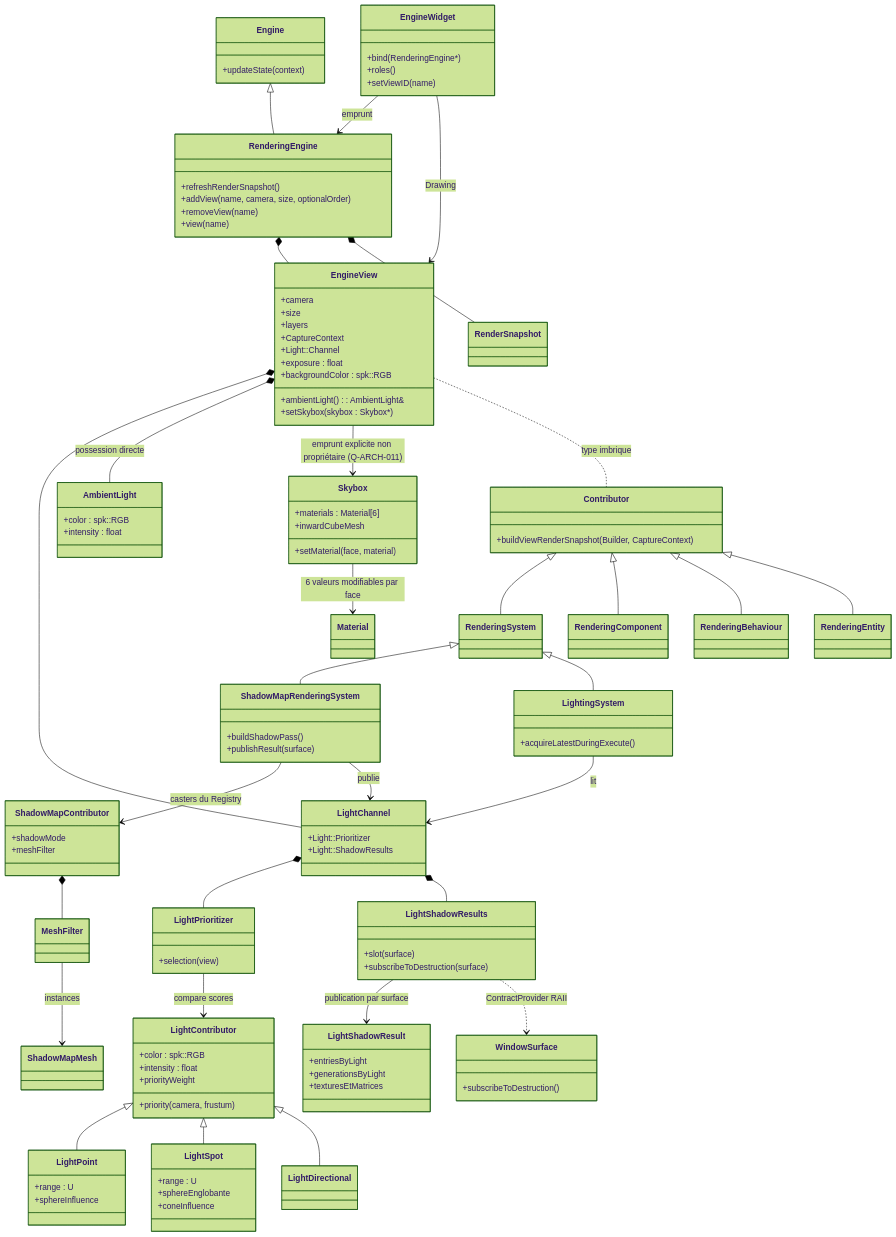
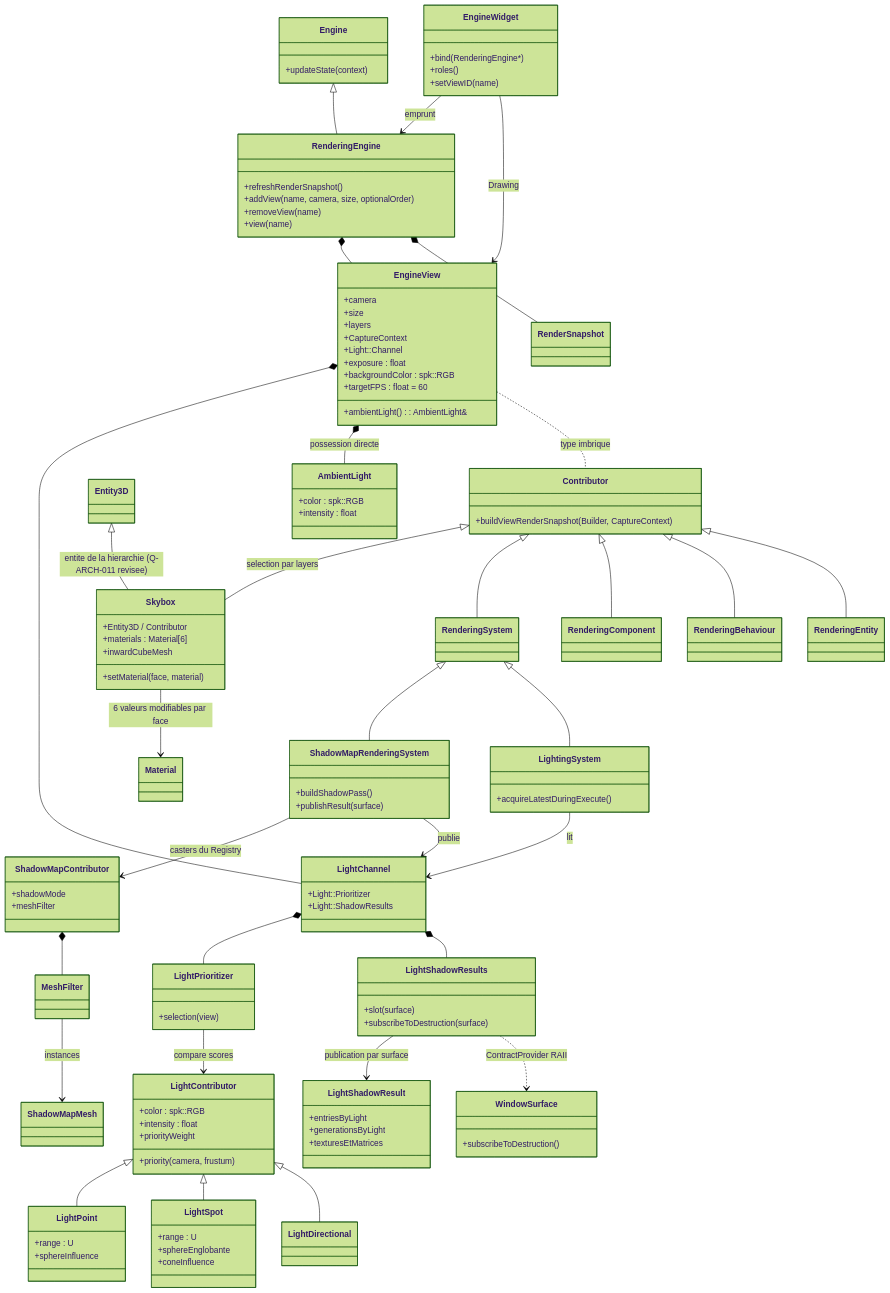
Before and after one commit to EreliaStudio/Sparkle: the first of 9 diagrams in docs/voxel-engine-v0.1.4/07-vues-et-passes.md, drawn with Mermaid (forest theme). The commit also changed other lines of this file and 1 other file, not shown here.

Commit message:
docs(v0.1.4): move Skybox into entity pass and freeze shadow defaults

```diff
--- a/docs/voxel-engine-v0.1.4/07-vues-et-passes.md
+++ b/docs/voxel-engine-v0.1.4/07-vues-et-passes.md
@@ -28,17 +28,19 @@
     +ambientLight() : AmbientLight&
     +exposure : float
     +backgroundColor : spk::RGB
-    +setSkybox(skybox : Skybox*)
+    +targetFPS : float = 60
   }
   class AmbientLight {
     +color : spk::RGB
     +intensity : float
   }
   class Skybox {
+    +Entity3D / Contributor
     +materials : Material[6]
     +setMaterial(face, material)
     +inwardCubeMesh
   }
+  class Entity3D
   class Contributor {
     +buildViewRenderSnapshot(Builder, CaptureContext)
   }
@@ -104,7 +106,8 @@
   RenderingEngine *-- RenderSnapshot
   EngineView *-- LightChannel
   EngineView *-- AmbientLight : possession directe
-  EngineView --> Skybox : emprunt explicite non propriétaire (Q-ARCH-011)
+  Entity3D <|-- Skybox : entite de la hierarchie (Q-ARCH-011 revisee)
+  Contributor <|-- Skybox : selection par layers
   Skybox --> Material : 6 valeurs modifiables par face
   EngineView .. Contributor : type imbrique
   Contributor <|-- RenderingSystem
```
